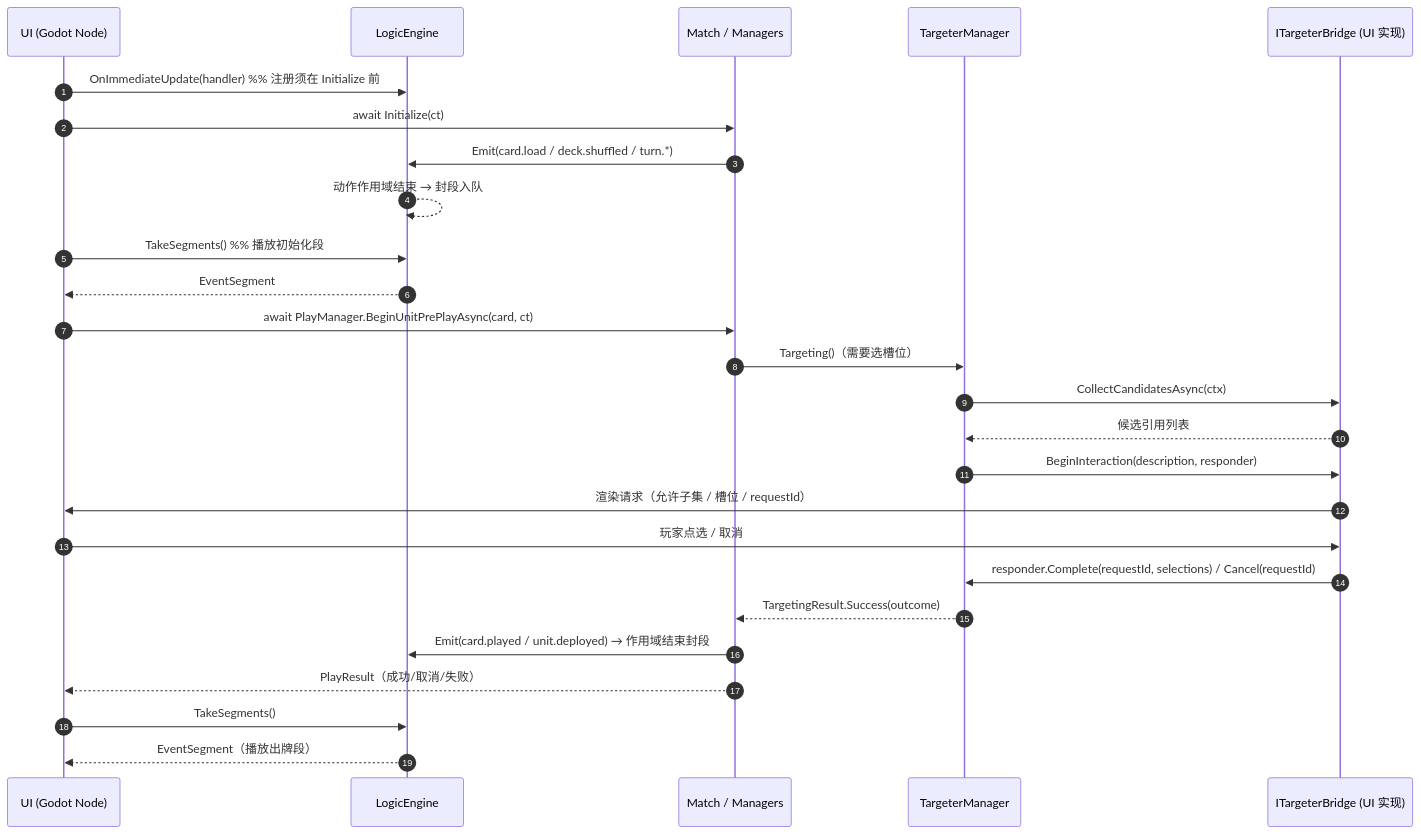
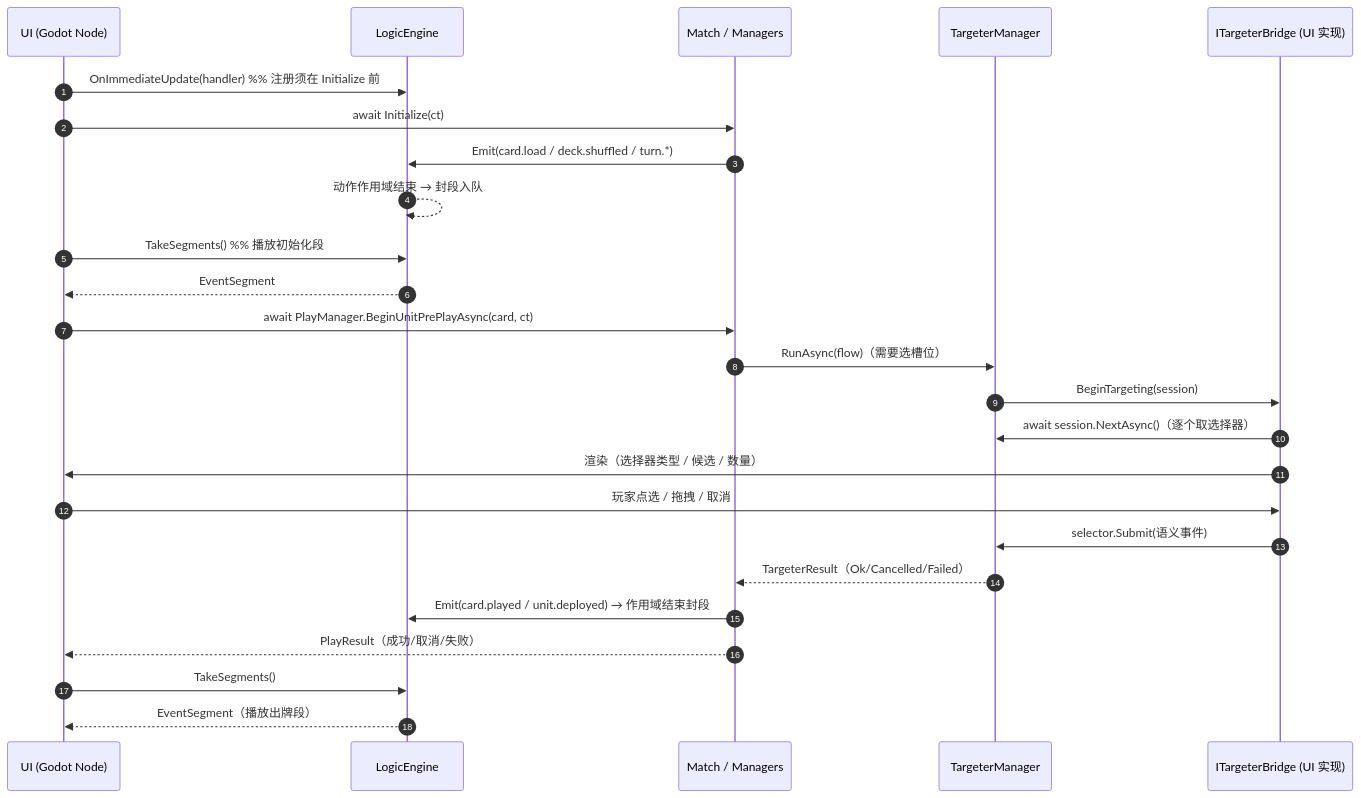
Before and after one commit to Shangt1145/OrC-KSD: the diagram in docs/ui-开发者交接文档.md, drawn with Mermaid. The commit also changed other lines of this file and 48 other files, not shown here.

````diff
--- a/docs/ui-开发者交接文档.md
+++ b/docs/ui-开发者交接文档.md
@@ -454,30 +437,29 @@
 ```mermaid
 sequenceDiagram
     autonumber
     participant UI as UI (Godot Node)
     participant E as LogicEngine
     participant M as Match / Managers
     participant TM as TargeterManager
     participant B as ITargeterBridge (UI 实现)
 
     UI->>E: OnImmediateUpdate(handler)   %% 注册须在 Initialize 前
     UI->>M: await Initialize(ct)
     M->>E: Emit(card.load / deck.shuffled / turn.*)
     E-->>E: 动作作用域结束 → 封段入队
     UI->>E: TakeSegments()  %% 播放初始化段
     E-->>UI: EventSegment
 
     UI->>M: await PlayManager.BeginUnitPrePlayAsync(card, ct)
-    M->>TM: Targeting()（需要选槽位）
-    TM->>B: CollectCandidatesAsync(ctx)
-    B-->>TM: 候选引用列表
-    TM->>B: BeginInteraction(description, responder)
-    B->>UI: 渲染请求（允许子集 / 槽位 / requestId）
-    UI->>B: 玩家点选 / 取消
-    B->>TM: responder.Complete(requestId, selections) / Cancel(requestId)
-    TM-->>M: TargetingResult.Success(outcome)
+    M->>TM: RunAsync(flow)（需要选槽位）
+    TM->>B: BeginTargeting(session)
+    B->>TM: await session.NextAsync()（逐个取选择器）
+    B->>UI: 渲染（选择器类型 / 候选 / 数量）
+    UI->>B: 玩家点选 / 拖拽 / 取消
+    B->>TM: selector.Submit(语义事件)
+    TM-->>M: TargeterResult（Ok/Cancelled/Failed）
     M->>E: Emit(card.played / unit.deployed) → 作用域结束封段
     M-->>UI: PlayResult（成功/取消/失败）
     UI->>E: TakeSegments()
     E-->>UI: EventSegment（播放出牌段）
 ```
````
